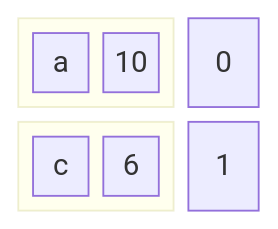
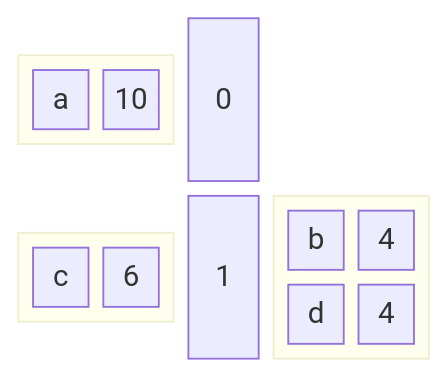
Before and after one commit to BenhurUFSM/pod26b: the seventh of 7 diagrams in Assuntos/compressao.md, drawn with Mermaid.

````diff
--- a/Assuntos/compressao.md
+++ b/Assuntos/compressao.md
@@ -165,20 +165,20 @@
 ```mermaid
 block
 columns 4
 block:b1:2
 columns 2
 c1["a"] v1["10"]
 end
 0 space
 block:b2:2
 columns 2
 c2["c"] v2["6"]
 end
 1 0
-block:b2:2
+block:b3:2
 columns 2
 c3["b"] v3["4"]
 c4["d"] v4["4"]
 end
 1 1
 ```
````
